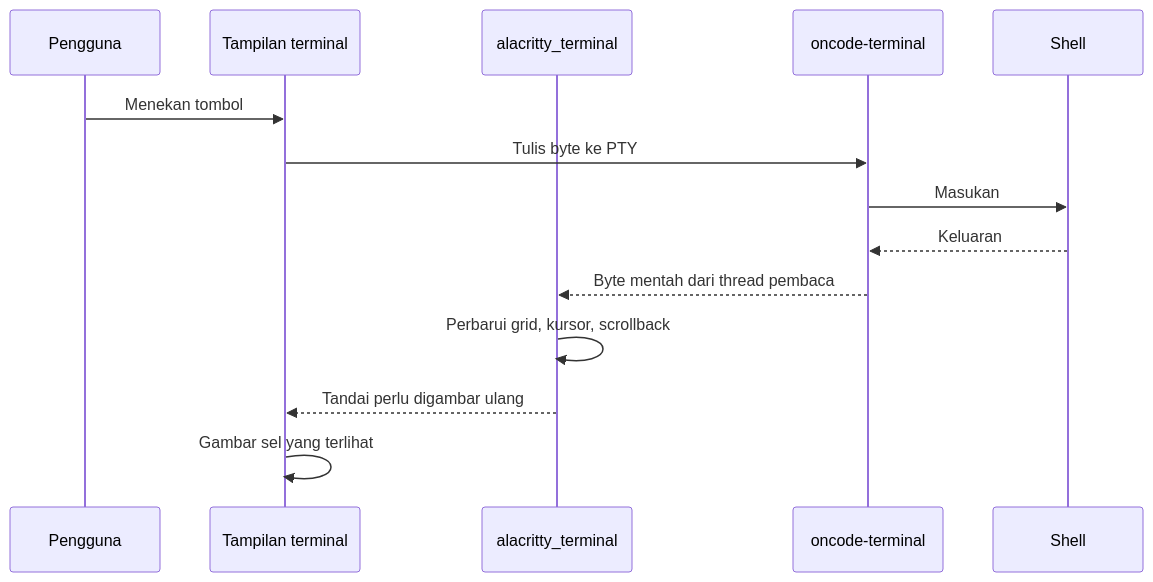
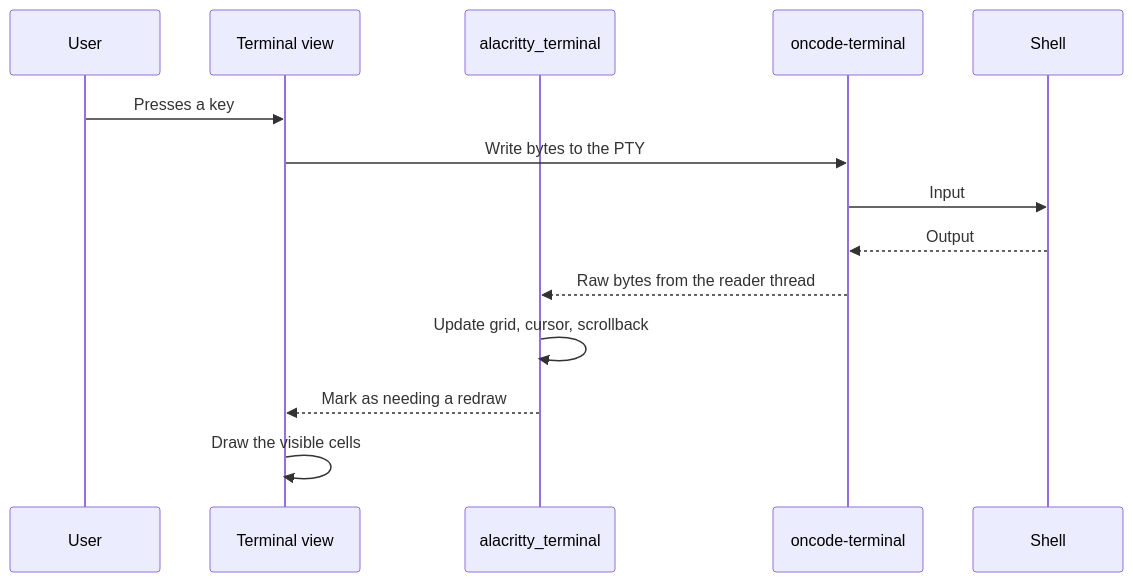
The third of 4 diagrams in docs/DESIGN.md (OkkyRoyDirgantara/oncode), drawn with Mermaid before and after one commit. The commit also changed other lines of this file and 240 other files, not shown here.

````diff
--- a/docs/DESIGN.md
+++ b/docs/DESIGN.md
@@ -418,17 +418,17 @@
 ```mermaid
 sequenceDiagram
-    participant U as Pengguna
-    participant V as Tampilan terminal
+    participant U as User
+    participant V as Terminal view
     participant A as alacritty_terminal
     participant P as oncode-terminal
     participant S as Shell
 
-    U->>V: Menekan tombol
-    V->>P: Tulis byte ke PTY
-    P->>S: Masukan
-    S-->>P: Keluaran
-    P-->>A: Byte mentah dari thread pembaca
-    A->>A: Perbarui grid, kursor, scrollback
-    A-->>V: Tandai perlu digambar ulang
-    V->>V: Gambar sel yang terlihat
+    U->>V: Presses a key
+    V->>P: Write bytes to the PTY
+    P->>S: Input
+    S-->>P: Output
+    P-->>A: Raw bytes from the reader thread
+    A->>A: Update grid, cursor, scrollback
+    A-->>V: Mark as needing a redraw
+    V->>V: Draw the visible cells
 ```
````
